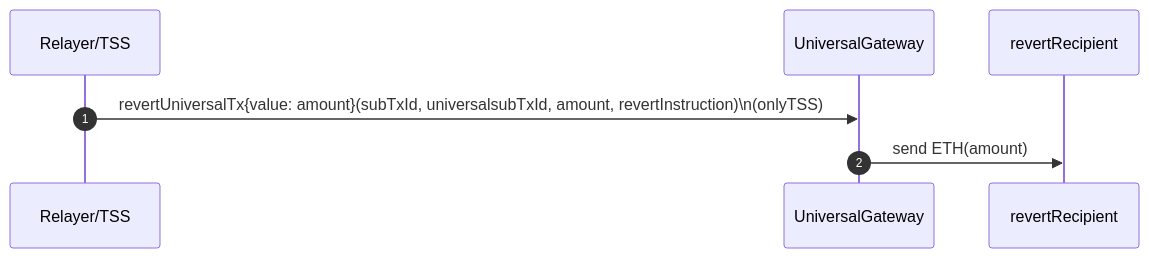
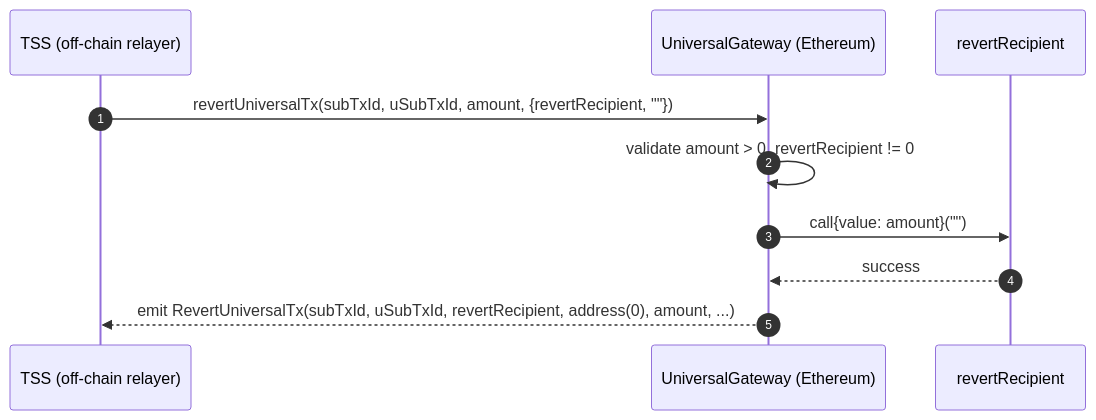
One commit to pushchain/push-chain-gateway-contracts changed diagram 13 of 13 in contracts/evm-gateway/docs/4_OutboundTx_Flows.md. Above: the diagram before and after it, drawn with Mermaid. The commit also changed other lines of this file, not shown here.

````diff
--- a/contracts/evm-gateway/docs/4_OutboundTx_Flows.md
+++ b/contracts/evm-gateway/docs/4_OutboundTx_Flows.md
@@ -205,10 +1269,13 @@
 ```mermaid
 sequenceDiagram
     autonumber
-    participant TSS as Relayer/TSS
-    participant G as UniversalGateway
+    participant TSS as TSS (off-chain relayer)
+    participant GW as UniversalGateway (Ethereum)
     participant R as revertRecipient
 
-    TSS->>G: revertUniversalTx{value: amount}(subTxId, universalsubTxId, amount, revertInstruction)\n(onlyTSS)
-    G->>R: send ETH(amount)
+    TSS->>GW: revertUniversalTx(subTxId, uSubTxId, amount, {revertRecipient, ""})
+    GW->>GW: validate amount > 0, revertRecipient != 0
+    GW->>R: call{value: amount}("")
+    R-->>GW: success
+    GW-->>TSS: emit RevertUniversalTx(subTxId, uSubTxId, revertRecipient, address(0), amount, ...)
 ```
````
